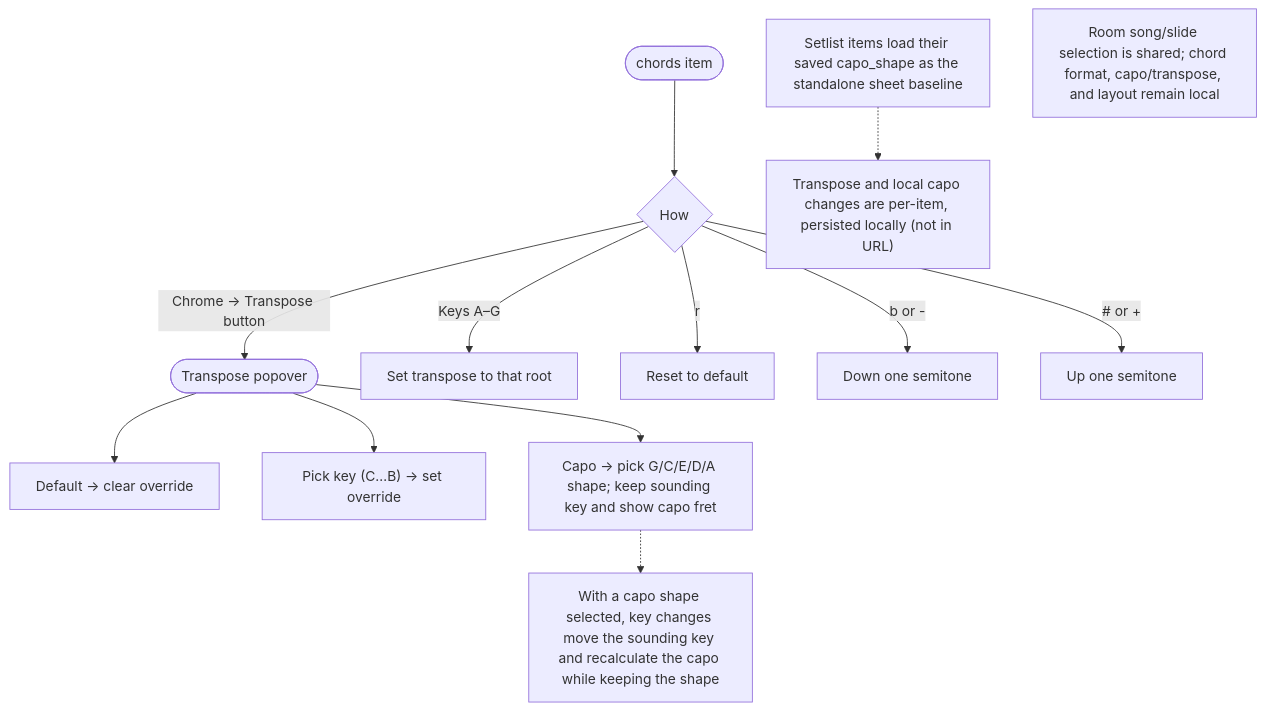
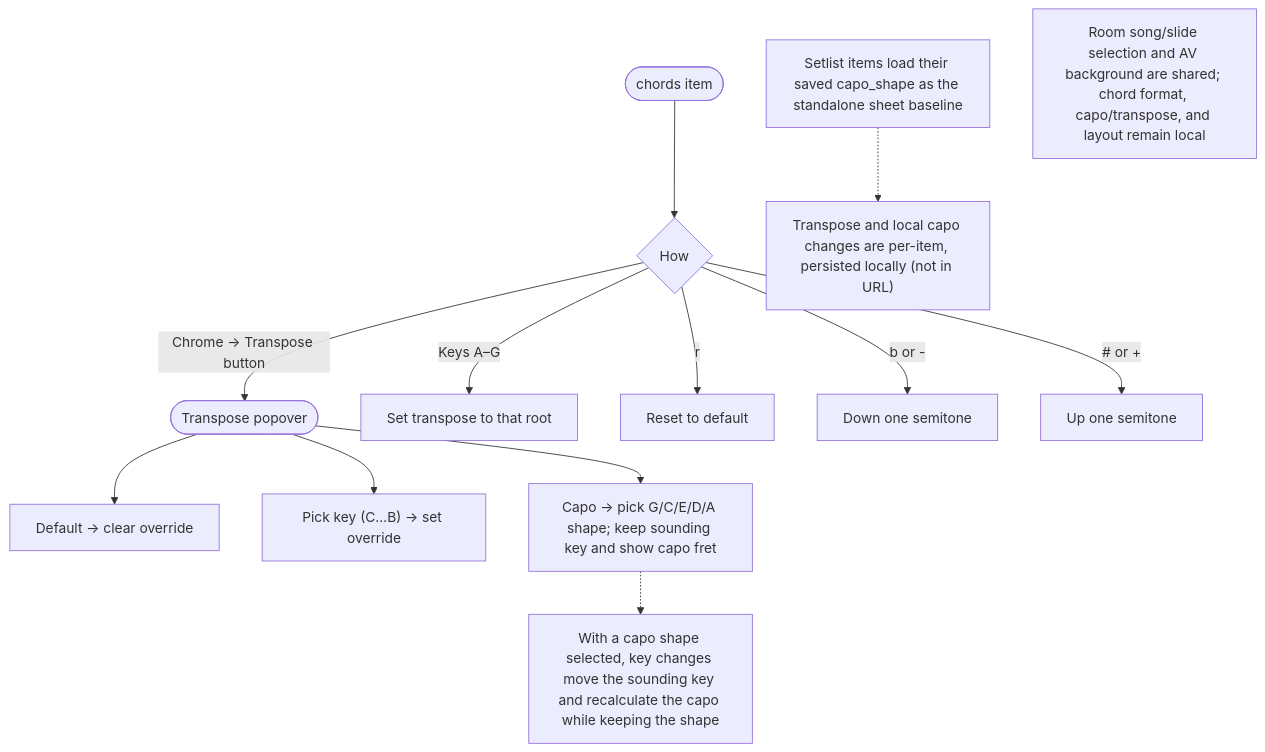
Before and after one commit to xilefmusics/worshipviewer: diagram 35 of 57 in docs/architecture/frontend-user-flows.md, drawn with Mermaid. The commit also changed other lines of this file and 41 other files, not shown here.

Commit message:
Improve room collaboration and AV background sync

````diff
--- a/docs/architecture/frontend-user-flows.md
+++ b/docs/architecture/frontend-user-flows.md
@@ -616,17 +616,17 @@
 ```mermaid
 flowchart TD
     book(["chords item"]) --> how{How}
     how -->|Chrome → Transpose button| pop(["Transpose popover"])
     pop --> def["Default → clear override"]
     pop --> key["Pick key (C…B) → set override"]
     pop --> capo["Capo → pick G/C/E/D/A shape; keep sounding key and show capo fret"]
     how -->|Keys A–G| setroot["Set transpose to that root"]
     how -->|r| reset["Reset to default"]
     how -->|b or -| down["Down one semitone"]
     how -->|# or +| up["Up one semitone"]
     note["Transpose and local capo changes are per-item, persisted locally (not in URL)"]
     saved["Setlist items load their saved capo_shape as the standalone sheet baseline"]
     saved -.-> note
-    room["Room song/slide selection is shared; chord format, capo/transpose, and layout remain local"]
+    room["Room song/slide selection and AV background are shared; chord format, capo/transpose, and layout remain local"]
     capo -.-> note2["With a capo shape selected, key changes move the sounding key and recalculate the capo while keeping the shape"]
 ```
````
